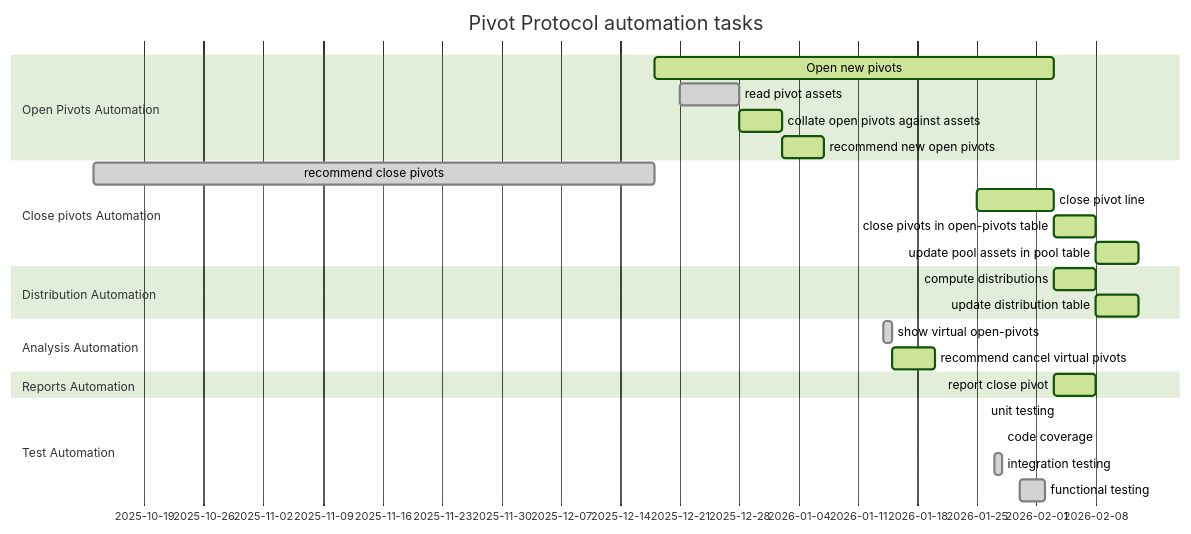
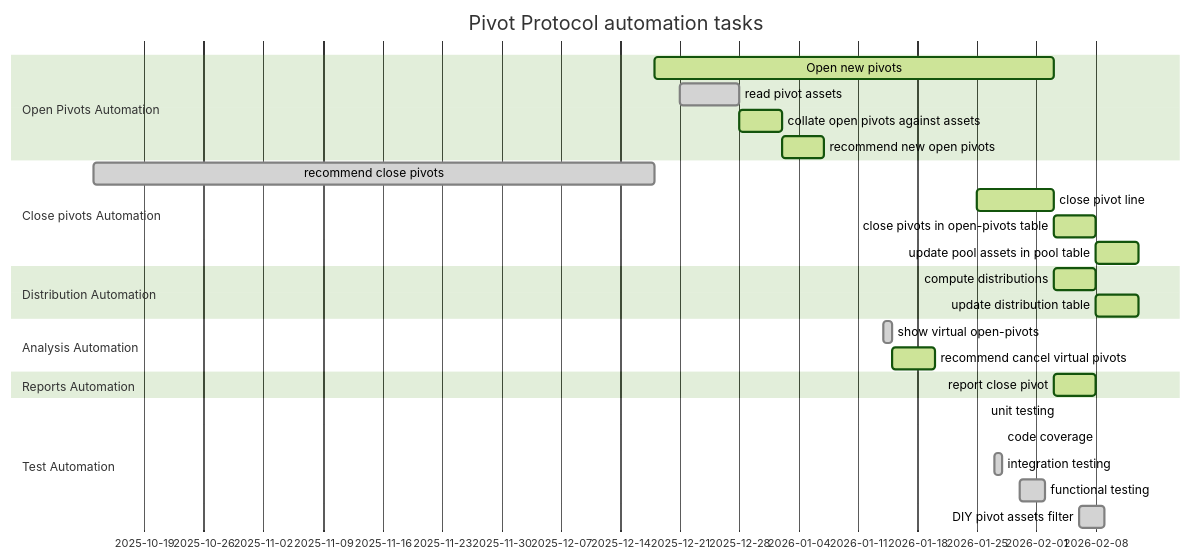
One commit to pivoteur/protocol changed the second of 2 diagrams in README.md. Above: the diagram before and after it, drawn with Mermaid (forest theme). The commit also changed other lines of this file and 7 other files, not shown here.

````diff
--- a/README.md
+++ b/README.md
@@ -21,36 +29,37 @@
 ```mermaid
 
 gantt
 
 	dateFormat  YYYY-MM-DD
 	title       Pivot Protocol automation tasks
 
 	section Open Pivots Automation
 	Open new pivots	:active,	des2,	2025-12-18,	47d
 	read pivot assets	:done,	des3,	2025-12-21,	2025-12-28
 	collate open pivots against assets	:active,	des4,	after des3,	5d
 	recommend new open pivots	:active,	des5,	after des4,	5d
 
 	section Close pivots Automation
 	recommend close pivots	:done,	des6,	2025-10-13,	2025-12-18
 	close pivot line	:active,	des7,	2026-01-25,	9d
 	close pivots in open-pivots table	:active,	des10,	after des7,	5d
 	update pool assets in pool table	:active,	des11,	after des10,	5d
 
 	section Distribution Automation
 	compute distributions	:active,	des12,	after des7,	5d
 	update distribution table	:active,	des13,	after des12,	5d
 
 	section Analysis Automation
 	show virtual open-pivots	:done,	des14,	2026-01-14,	2026-01-15
 	recommend cancel virtual pivots	:active,	des15,	after des14,	5d
 
 	section Reports Automation
 	report close pivot	:active,	des16,	after des7,	5d
 
 	section Test Automation
 	unit testing	:done,	des17,	2026-01-26,	2026-01-26
 	code coverage	:done,	des18,	2026-01-28,	2026-01-28
 	integration testing	:done,	des8,	2026-01-27,	2026-01-28
 	functional testing	:done,	des9,	2026-01-30,	2026-02-02
+	DIY pivot assets filter	:done,	des19,	2026-02-06,	2026-02-09
 ```
````
